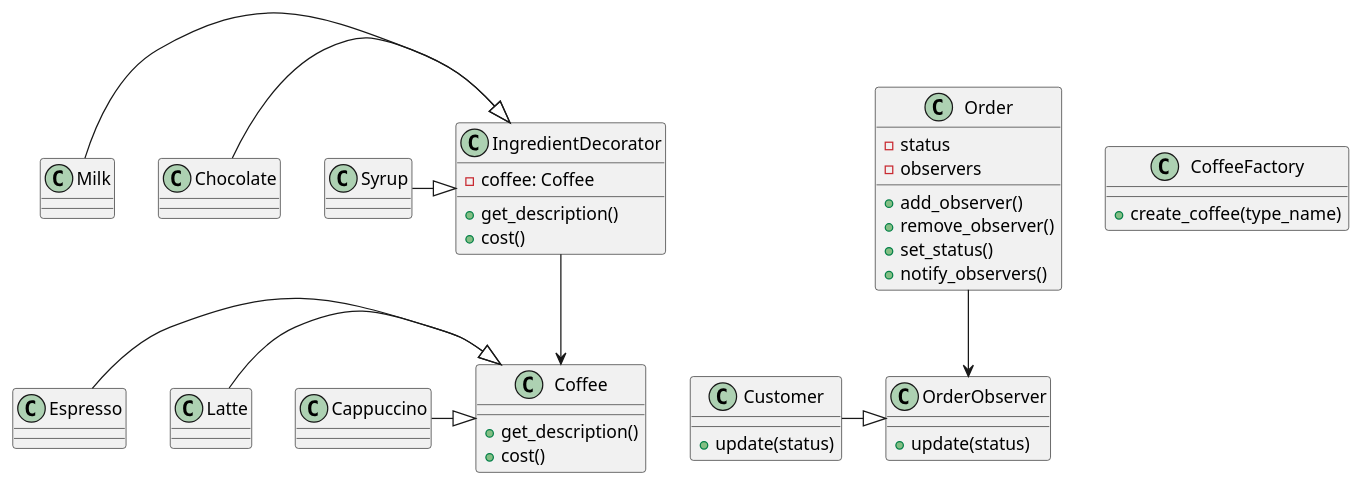
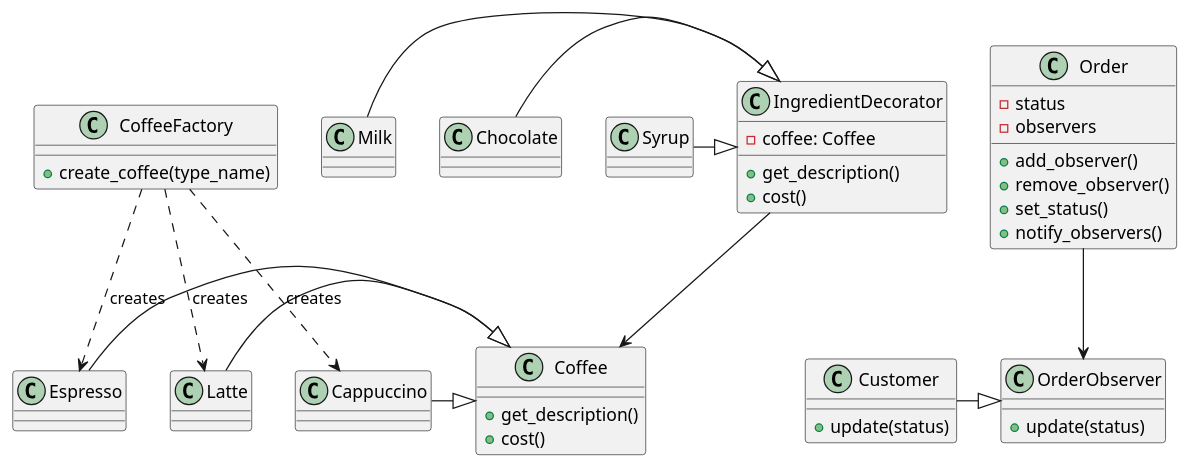
Before and after one commit to Andryushkak/MazeGame: the diagram in uml/diagram.puml, drawn with PlantUML. The commit also changed 2 other files, not shown here.

```diff
--- a/uml/diagram.puml
+++ b/uml/diagram.puml
@@ -2,55 +1,64 @@
 @startuml
 
+' === Клас базової кави ===
 class Coffee {
   +get_description()
   +cost()
 }
 
+' === Конкретні напої ===
 class Espresso
 class Latte
 class Cappuccino
 
 Espresso -|> Coffee
 Latte -|> Coffee
 Cappuccino -|> Coffee
 
+' === Декоратори ===
 class IngredientDecorator {
   -coffee: Coffee
   +get_description()
   +cost()
 }
 
 class Milk
 class Chocolate
 class Syrup
 
 Milk -|> IngredientDecorator
 Chocolate -|> IngredientDecorator
 Syrup -|> IngredientDecorator
 IngredientDecorator --> Coffee
 
+
 class CoffeeFactory {
   +create_coffee(type_name)
 }
+
+CoffeeFactory ..> Espresso : creates
+CoffeeFactory ..> Latte : creates
+CoffeeFactory ..> Cappuccino : creates
+
 
 class Order {
   -status
   -observers
   +add_observer()
   +remove_observer()
   +set_status()
   +notify_observers()
 }
 
 class OrderObserver {
   +update(status)
 }
 
 class Customer {
   +update(status)
 }
 
 Customer -|> OrderObserver
 Order --> OrderObserver
 
 @enduml
```
